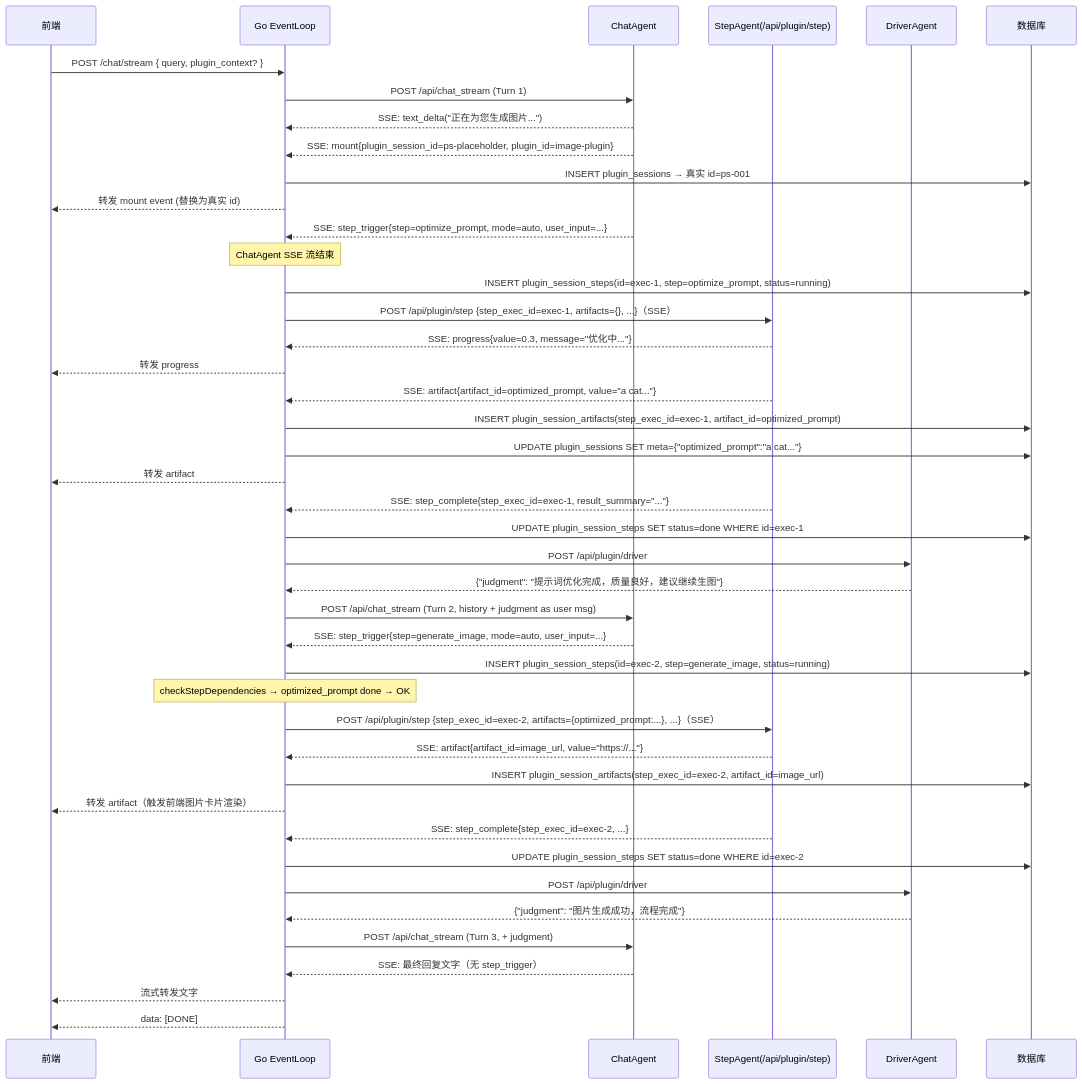
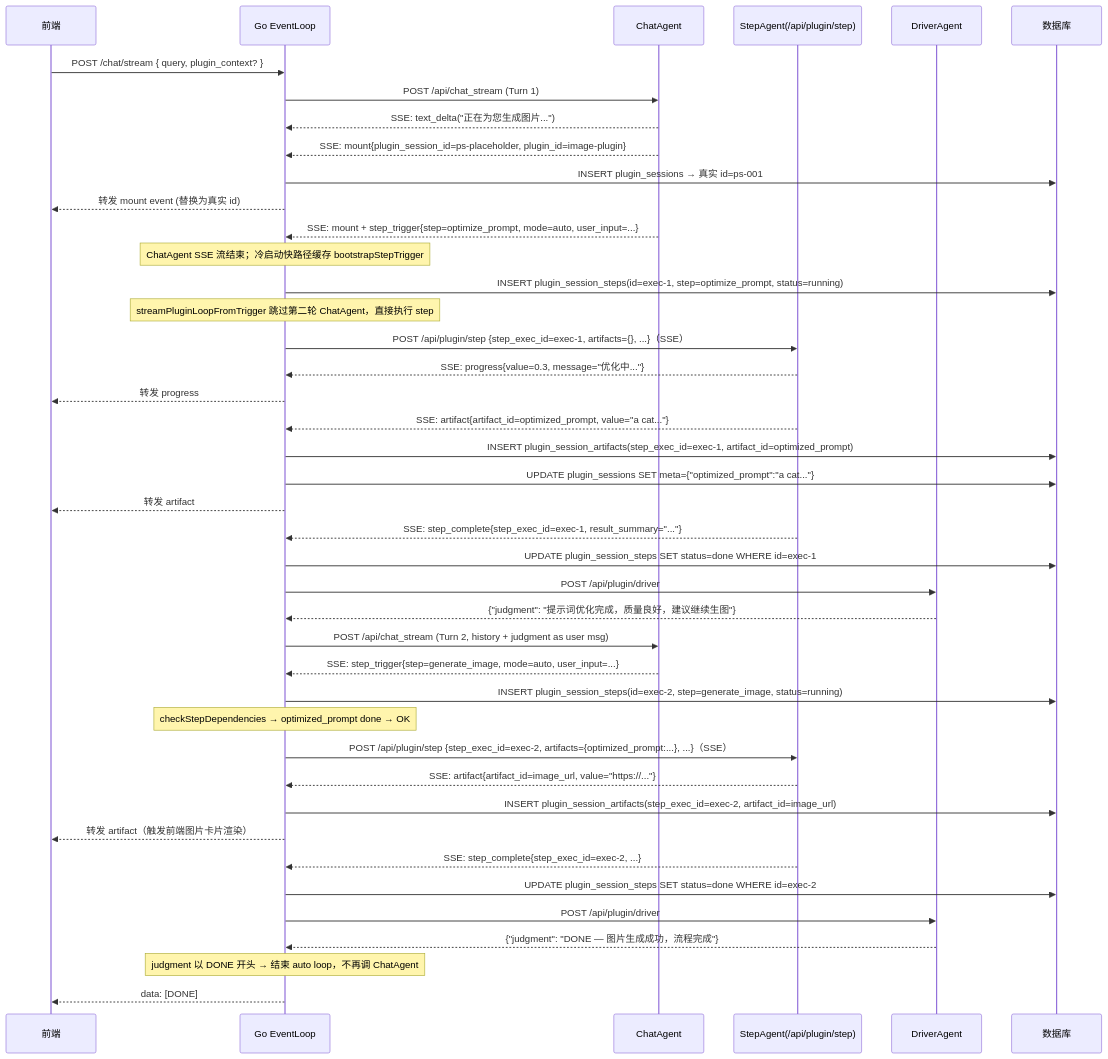
Before and after one commit to LazyAGI/LazyMind: the first of 4 diagrams in plugin/plans/milestones/M1-poc-scenario-foundation.md, drawn with Mermaid. The commit also changed other lines of this file, not shown here.

````diff
--- a/plugin/plans/milestones/M1-poc-scenario-foundation.md
+++ b/plugin/plans/milestones/M1-poc-scenario-foundation.md
@@ -138,53 +163,52 @@
 ```mermaid
 sequenceDiagram
     participant FE as 前端
     participant Go as Go EventLoop
     participant CA as ChatAgent
     participant SA as StepAgent(/api/plugin/step)
     participant DA as DriverAgent
     participant DB as 数据库
 
     FE->>Go: POST /chat/stream { query, plugin_context? }
 
     Go->>CA: POST /api/chat_stream (Turn 1)
     CA-->>Go: SSE: text_delta("正在为您生成图片...")
     CA-->>Go: SSE: mount{plugin_session_id=ps-placeholder, plugin_id=image-plugin}
     Go->>DB: INSERT plugin_sessions → 真实 id=ps-001
     Go-->>FE: 转发 mount event (替换为真实 id)
-    CA-->>Go: SSE: step_trigger{step=optimize_prompt, mode=auto, user_input=...}
-    Note over Go: ChatAgent SSE 流结束
+    CA-->>Go: SSE: mount + step_trigger{step=optimize_prompt, mode=auto, user_input=...}
+    Note over Go: ChatAgent SSE 流结束；冷启动快路径缓存 bootstrapStepTrigger
 
     Go->>DB: INSERT plugin_session_steps(id=exec-1, step=optimize_prompt, status=running)
+    Note over Go: streamPluginLoopFromTrigger 跳过第二轮 ChatAgent，直接执行 step
     Go->>SA: POST /api/plugin/step {step_exec_id=exec-1, artifacts={}, ...}（SSE）
     SA-->>Go: SSE: progress{value=0.3, message="优化中..."}
     Go-->>FE: 转发 progress
     SA-->>Go: SSE: artifact{artifact_id=optimized_prompt, value="a cat..."}
     Go->>DB: INSERT plugin_session_artifacts(step_exec_id=exec-1, artifact_id=optimized_prompt)
     Go->>DB: UPDATE plugin_sessions SET meta={"optimized_prompt":"a cat..."}
     Go-->>FE: 转发 artifact
     SA-->>Go: SSE: step_complete{step_exec_id=exec-1, result_summary="..."}
     Go->>DB: UPDATE plugin_session_steps SET status=done WHERE id=exec-1
 
     Go->>DA: POST /api/plugin/driver
     DA-->>Go: {"judgment": "提示词优化完成，质量良好，建议继续生图"}
 
     Go->>CA: POST /api/chat_stream (Turn 2, history + judgment as user msg)
     CA-->>Go: SSE: step_trigger{step=generate_image, mode=auto, user_input=...}
 
     Go->>DB: INSERT plugin_session_steps(id=exec-2, step=generate_image, status=running)
     Note over Go: checkStepDependencies → optimized_prompt done → OK
     Go->>SA: POST /api/plugin/step {step_exec_id=exec-2, artifacts={optimized_prompt:...}, ...}（SSE）
     SA-->>Go: SSE: artifact{artifact_id=image_url, value="https://..."}
     Go->>DB: INSERT plugin_session_artifacts(step_exec_id=exec-2, artifact_id=image_url)
     Go-->>FE: 转发 artifact（触发前端图片卡片渲染）
     SA-->>Go: SSE: step_complete{step_exec_id=exec-2, ...}
     Go->>DB: UPDATE plugin_session_steps SET status=done WHERE id=exec-2
 
     Go->>DA: POST /api/plugin/driver
-    DA-->>Go: {"judgment": "图片生成成功，流程完成"}
+    DA-->>Go: {"judgment": "DONE — 图片生成成功，流程完成"}
 
-    Go->>CA: POST /api/chat_stream (Turn 3, + judgment)
-    CA-->>Go: SSE: 最终回复文字（无 step_trigger）
-    Go-->>FE: 流式转发文字
+    Note over Go: judgment 以 DONE 开头 → 结束 auto loop，不再调 ChatAgent
     Go-->>FE: data: [DONE]
 ```
````
